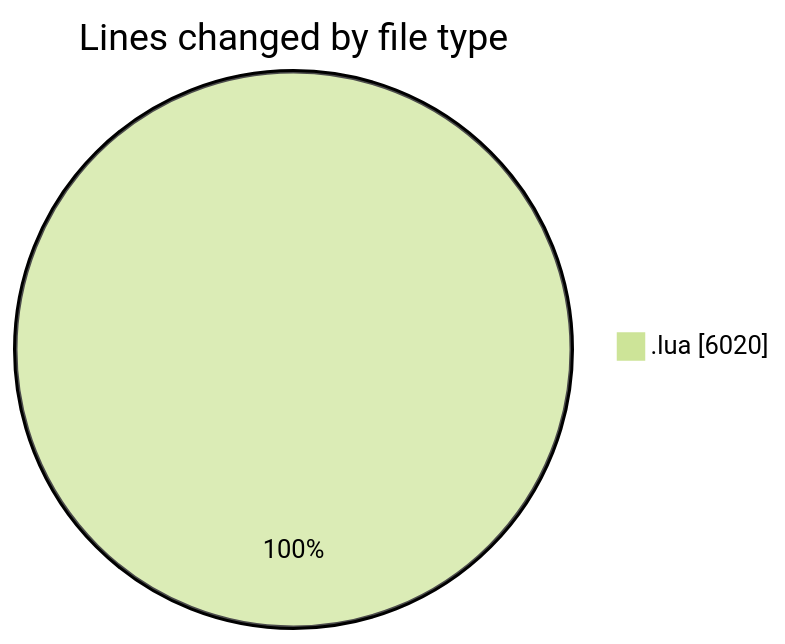
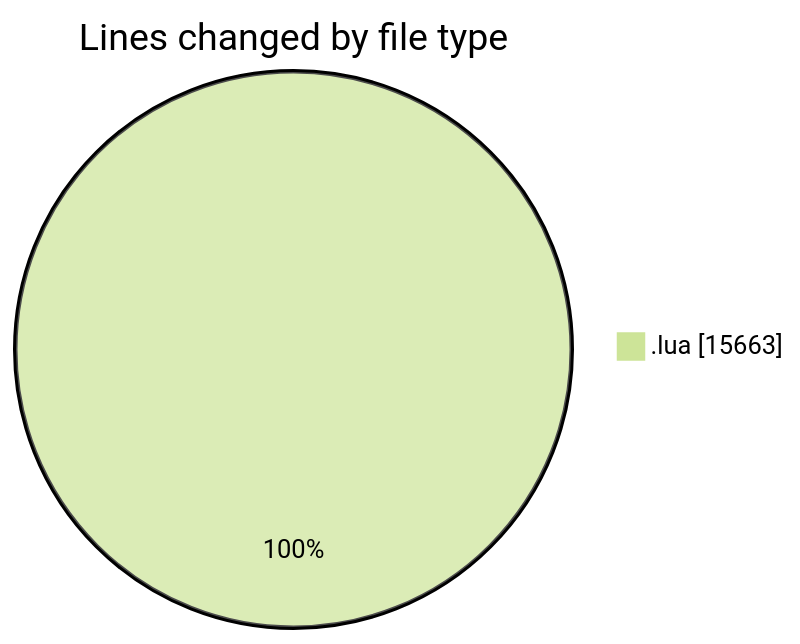
The first of 2 diagrams in 2025-01-02/mods/README.md (3Nya3/code-tracking), drawn with Mermaid (forest theme) before and after one commit. The commit also changed other lines of this file and 1 other file, not shown here.

````diff
--- a/2025-01-02/mods/README.md
+++ b/2025-01-02/mods/README.md
@@ -20,5 +20,5 @@
 ```mermaid
 pie showData
 title Lines changed by file type
-".lua" : 6020
+".lua" : 15663
 ```
````
